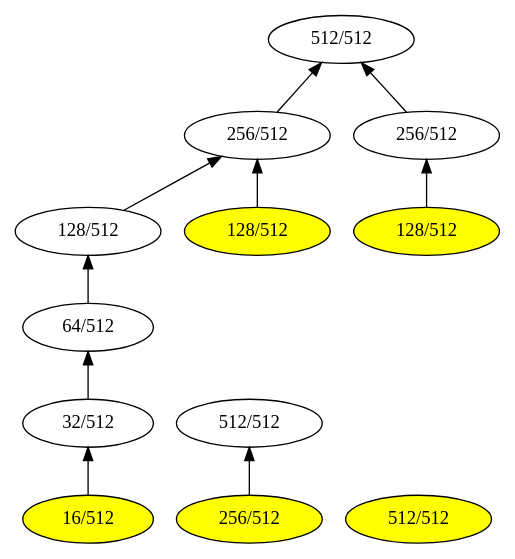
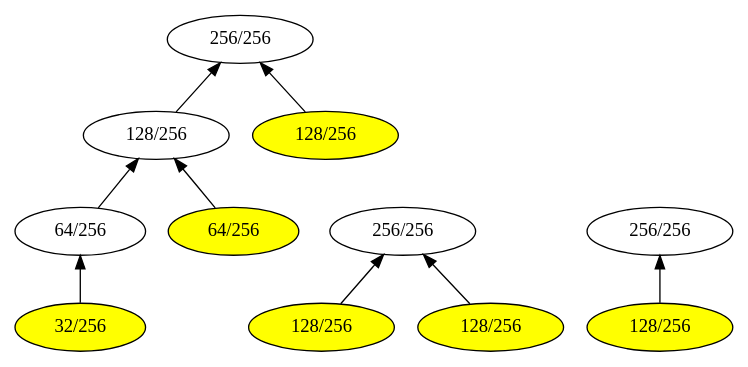
The diagram in GuiTool/image/Remia/RemiaHeapDot.dot (iitramar/guiTool), drawn with Graphviz before and after one commit. The commit also changed 37 other files, not shown here.

```diff
--- a/GuiTool/image/Remia/RemiaHeapDot.dot
+++ b/GuiTool/image/Remia/RemiaHeapDot.dot
@@ -1,29 +1,28 @@
 digraph G { 
 rankdir = BT;
-101[label= " 512/512 " ];
-202[label= " 256/512 " ];
+101[label= " 256/256 " ];
+202[label= " 128/256 " ];
 202->101
-203[label= " 256/512 " ];
+203[label= " 128/256 " ];
 203->101
-404[label= " 128/512 " ];
+404[label= " 64/256 " ];
 404->202
-405[label= " 128/512 " ];
+405[label= " 64/256 " ];
 405->202
-808[label= " 64/512 " ];
+808[label= " 32/256 " ];
 808->404
-1616[label= " 32/512 " ];
-1616->808
-3232[label= " 16/512 " ];
-3232->1616
-3232[style=filled, fillcolor=yellow];
+808[style=filled, fillcolor=yellow];
 405[style=filled, fillcolor=yellow];
-406[label= " 128/512 " ];
-406->203
-406[style=filled, fillcolor=yellow];
-201[label= " 512/512 " ];
-402[label= " 256/512 " ];
+203[style=filled, fillcolor=yellow];
+201[label= " 256/256 " ];
+402[label= " 128/256 " ];
 402->201
+403[label= " 128/256 " ];
+403->201
 402[style=filled, fillcolor=yellow];
-301[label= " 512/512 " ];
-301[style=filled, fillcolor=yellow];
+403[style=filled, fillcolor=yellow];
+301[label= " 256/256 " ];
+602[label= " 128/256 " ];
+602->301
+602[style=filled, fillcolor=yellow];
 }
```
